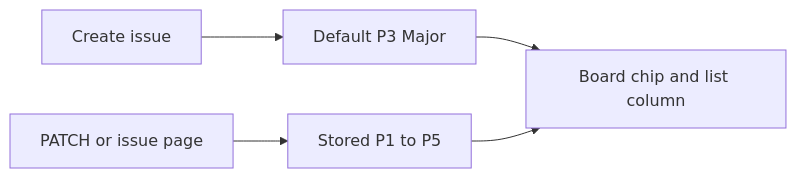
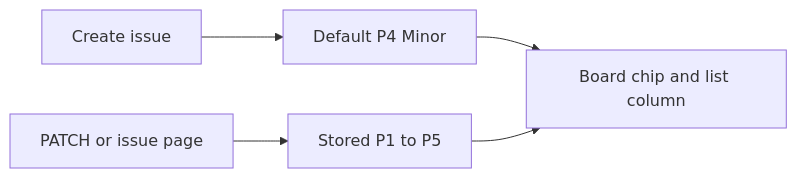
One commit to Mathotics/Keel changed the first of 2 diagrams in docs/adr/ADR-030.md. Above: the diagram before and after it, drawn with Mermaid. The commit also changed other lines of this file and 15 other files, not shown here.

Commit message:
Default new issues to P4 so typical work is not born as Major.

````diff
--- a/docs/adr/ADR-030.md
+++ b/docs/adr/ADR-030.md
@@ -74,7 +76,7 @@
 ```mermaid
 flowchart LR
-  create[Create issue] --> p3[Default P3 Major]
+  create[Create issue] --> p4[Default P4 Minor]
   patch[PATCH or issue page] --> rank[Stored P1 to P5]
-  p3 --> observe[Board chip and list column]
+  p4 --> observe[Board chip and list column]
   rank --> observe
 ```
````
